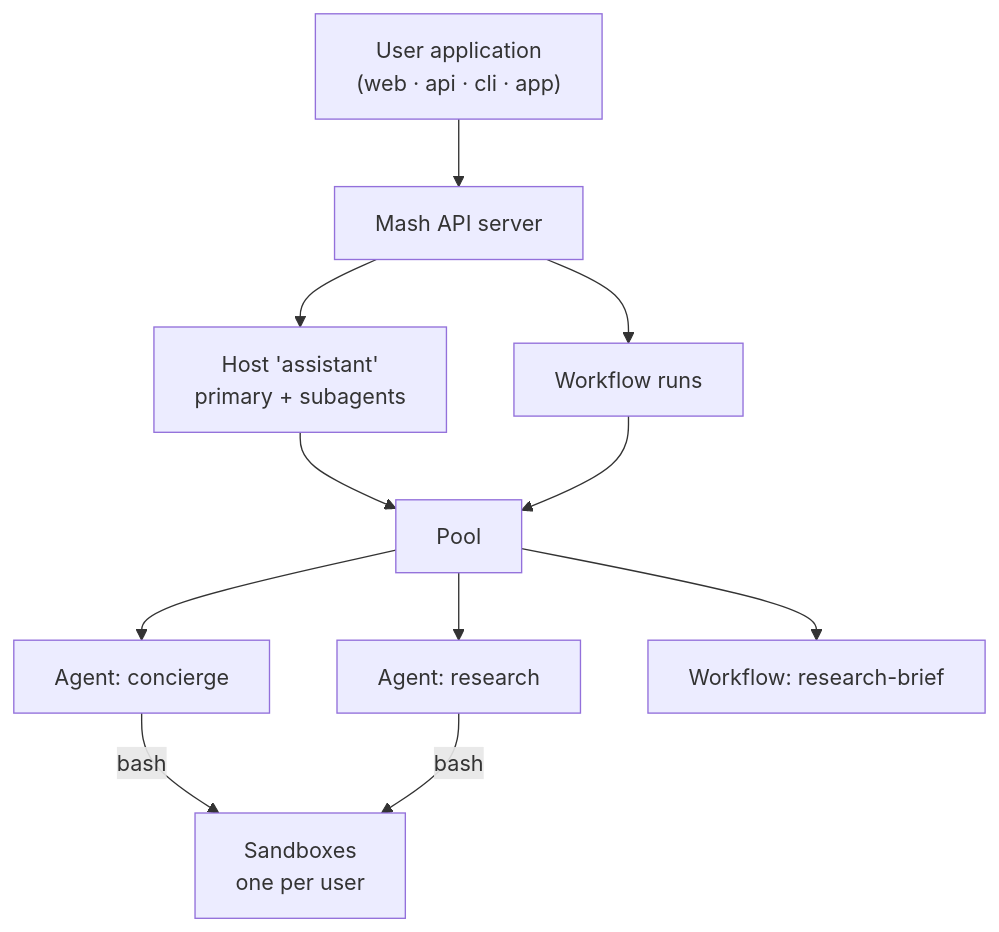
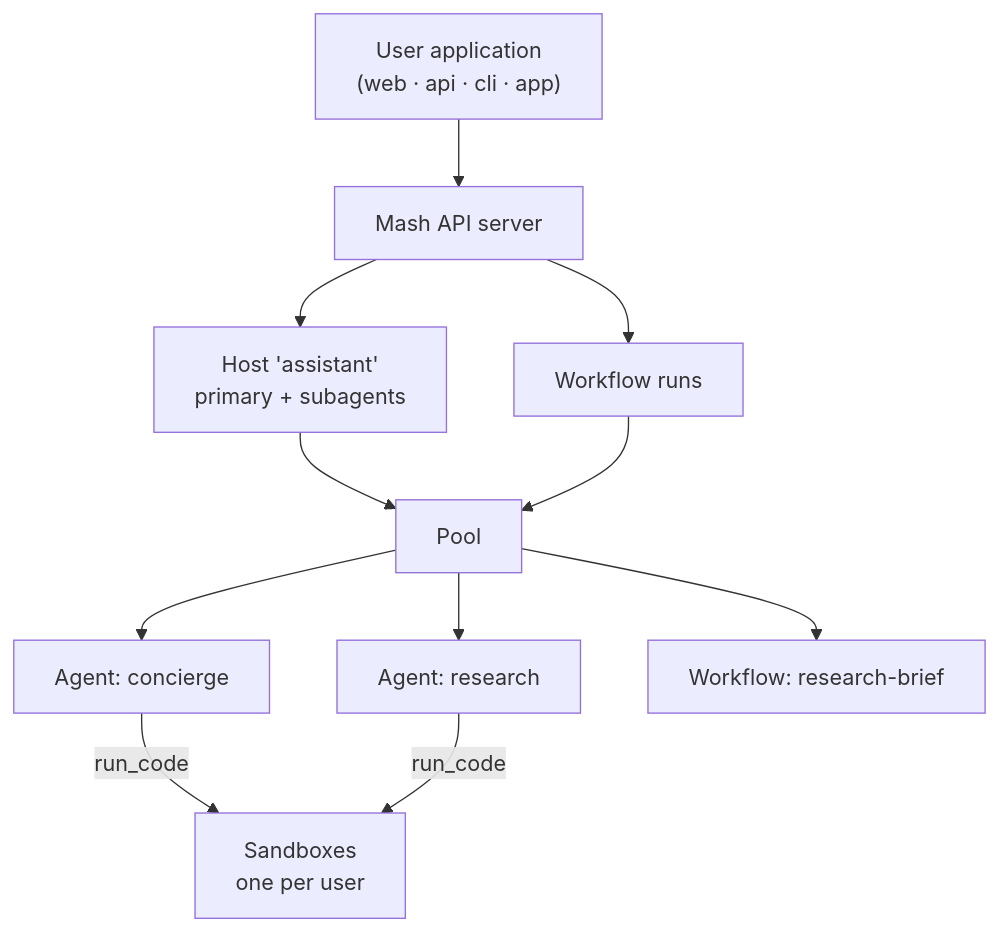
One commit to imsid/mashpy changed the diagram in docs/posts/product-brief.md. Above: the diagram before and after it, drawn with Mermaid. The commit also changed other lines of this file and 62 other files, not shown here.

````diff
--- a/docs/posts/product-brief.md
+++ b/docs/posts/product-brief.md
@@ -119,13 +121,13 @@
 ```mermaid
 flowchart TD
     U["User application<br/>(web · api · cli · app)"] --> API["Mash API server"]
     API --> HO["Host 'assistant'<br/>primary + subagents"]
     API --> WF["Workflow runs"]
     HO --> P["Pool"]
     WF --> P
     P --> A1["Agent: concierge"]
     P --> A2["Agent: research"]
     P --> W1["Workflow: research-brief"]
-    A1 -- "bash" --> S["Sandboxes<br/>one per user"]
-    A2 -- "bash" --> S
+    A1 -- "run_code" --> S["Sandboxes<br/>one per user"]
+    A2 -- "run_code" --> S
 ```
````
